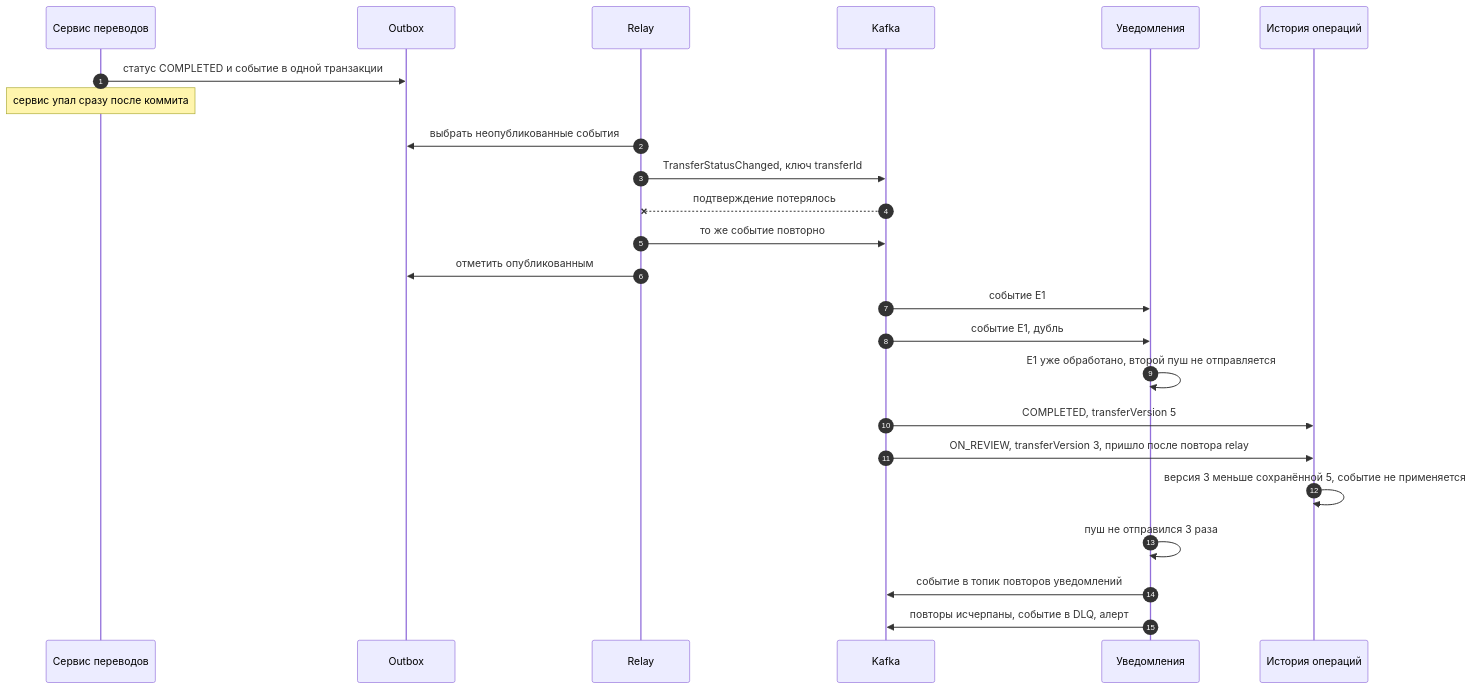
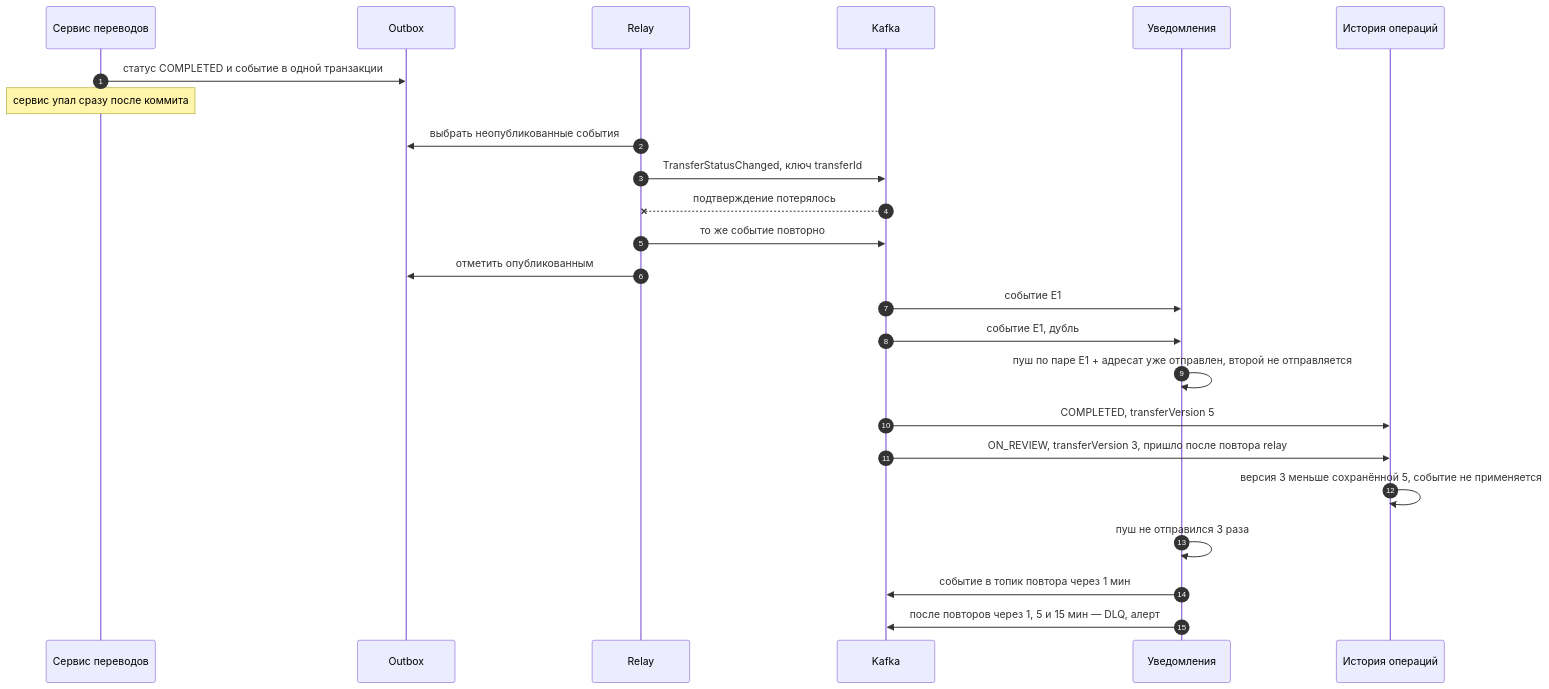
One commit to KORTEZZ12/phone-transfers changed the sixth of 7 diagrams in docs/design/sequences.md. Above: the diagram before and after it, drawn with Mermaid. The commit also changed other lines of this file and 8 other files, not shown here.

Commit message:
События и пуши: матрица «статус × адресат», дедупликация по адресату, топики повторов по паузам, порядок outbox по seq (#27)

````diff
--- a/docs/design/sequences.md
+++ b/docs/design/sequences.md
@@ -185,26 +185,26 @@
 ```mermaid
 sequenceDiagram
   autonumber
   participant TS as Сервис переводов
   participant OB as Outbox
   participant R as Relay
   participant K as Kafka
   participant N as Уведомления
   participant H as История операций
   TS->>OB: статус COMPLETED и событие в одной транзакции
   Note over TS: сервис упал сразу после коммита
   R->>OB: выбрать неопубликованные события
   R->>K: TransferStatusChanged, ключ transferId
   K--xR: подтверждение потерялось
   R->>K: то же событие повторно
   R->>OB: отметить опубликованным
   K->>N: событие E1
   K->>N: событие E1, дубль
-  N->>N: E1 уже обработано, второй пуш не отправляется
+  N->>N: пуш по паре E1 + адресат уже отправлен, второй не отправляется
   K->>H: COMPLETED, transferVersion 5
   K->>H: ON_REVIEW, transferVersion 3, пришло после повтора relay
   H->>H: версия 3 меньше сохранённой 5, событие не применяется
   N->>N: пуш не отправился 3 раза
-  N->>K: событие в топик повторов уведомлений
-  N->>K: повторы исчерпаны, событие в DLQ, алерт
+  N->>K: событие в топик повтора через 1 мин
+  N->>K: после повторов через 1, 5 и 15 мин — DLQ, алерт
 ```
````
